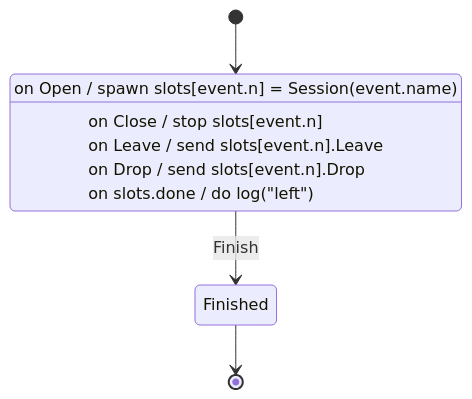
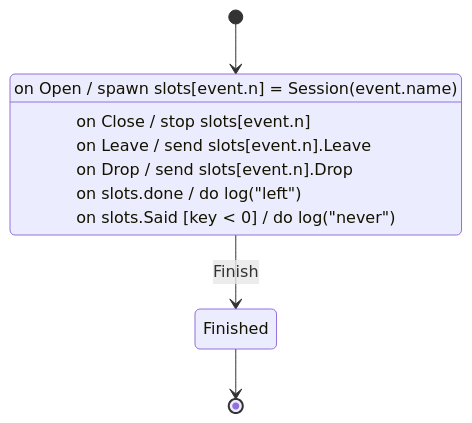
Before and after one commit to dire-kiwi/roadbook: the third of 3 diagrams in packages/viewer/test/mermaid/spec-conformance-charts-hub.md, drawn with Mermaid. The commit also changed other lines of this file and 1 other file, not shown here.

Commit message:
Regenerate the viewer's mermaid fixture for hub.road and re-stamp the redaction fixture's Teller hash

````diff
--- a/packages/viewer/test/mermaid/spec-conformance-charts-hub.md
+++ b/packages/viewer/test/mermaid/spec-conformance-charts-hub.md
@@ -74,11 +75,12 @@
 ```mermaid
 stateDiagram-v2
   Running: on Open / spawn slots[event.n] = Session(event.name)
   Running: on Close / stop slots[event.n]
   Running: on Leave / send slots[event.n].Leave
   Running: on Drop / send slots[event.n].Drop
   Running: on slots.done / do log("left")
+  Running: on slots.Said [key < 0] / do log("never")
   [*] --> Running
   Running --> Finished: Finish
   Finished --> [*]
 ```
````
